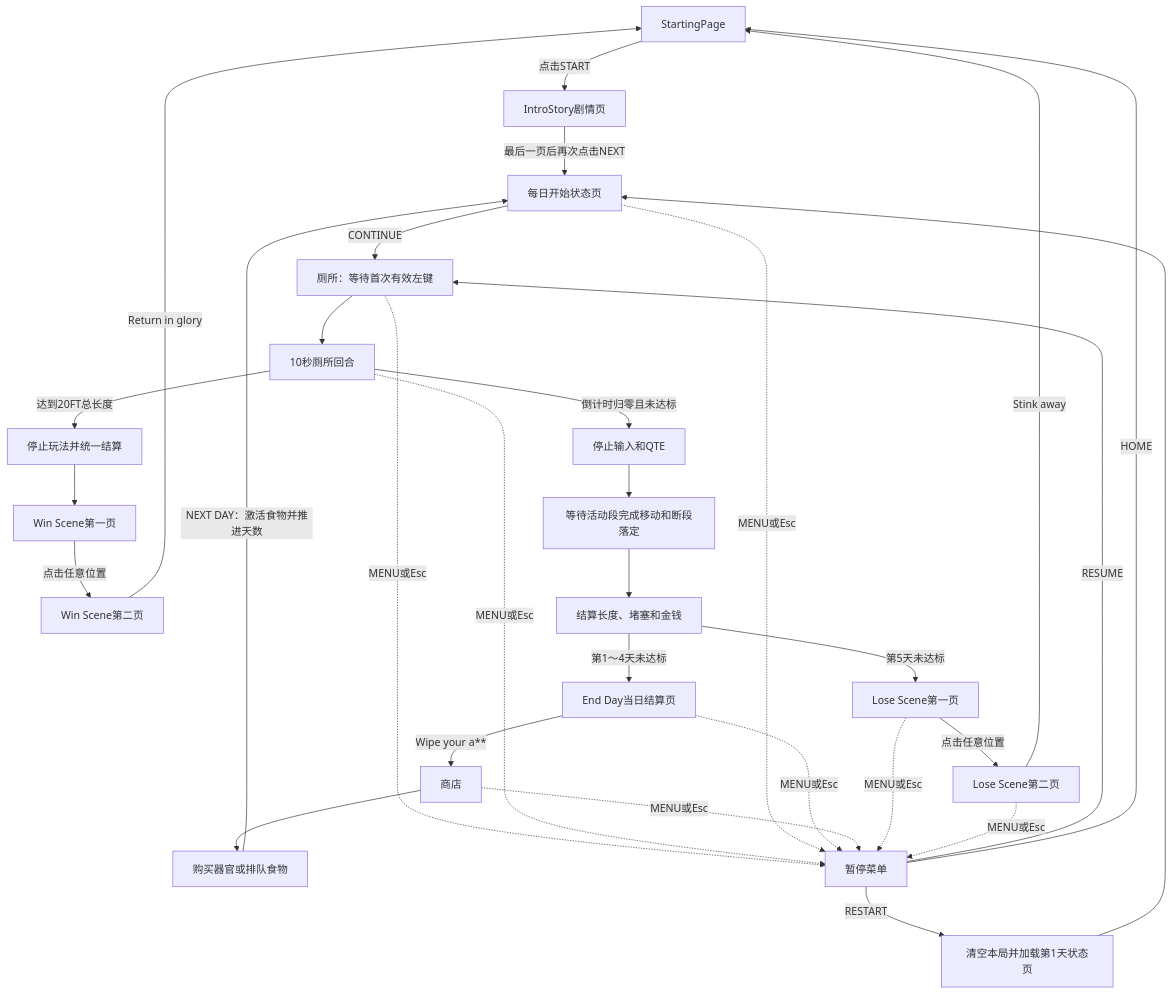
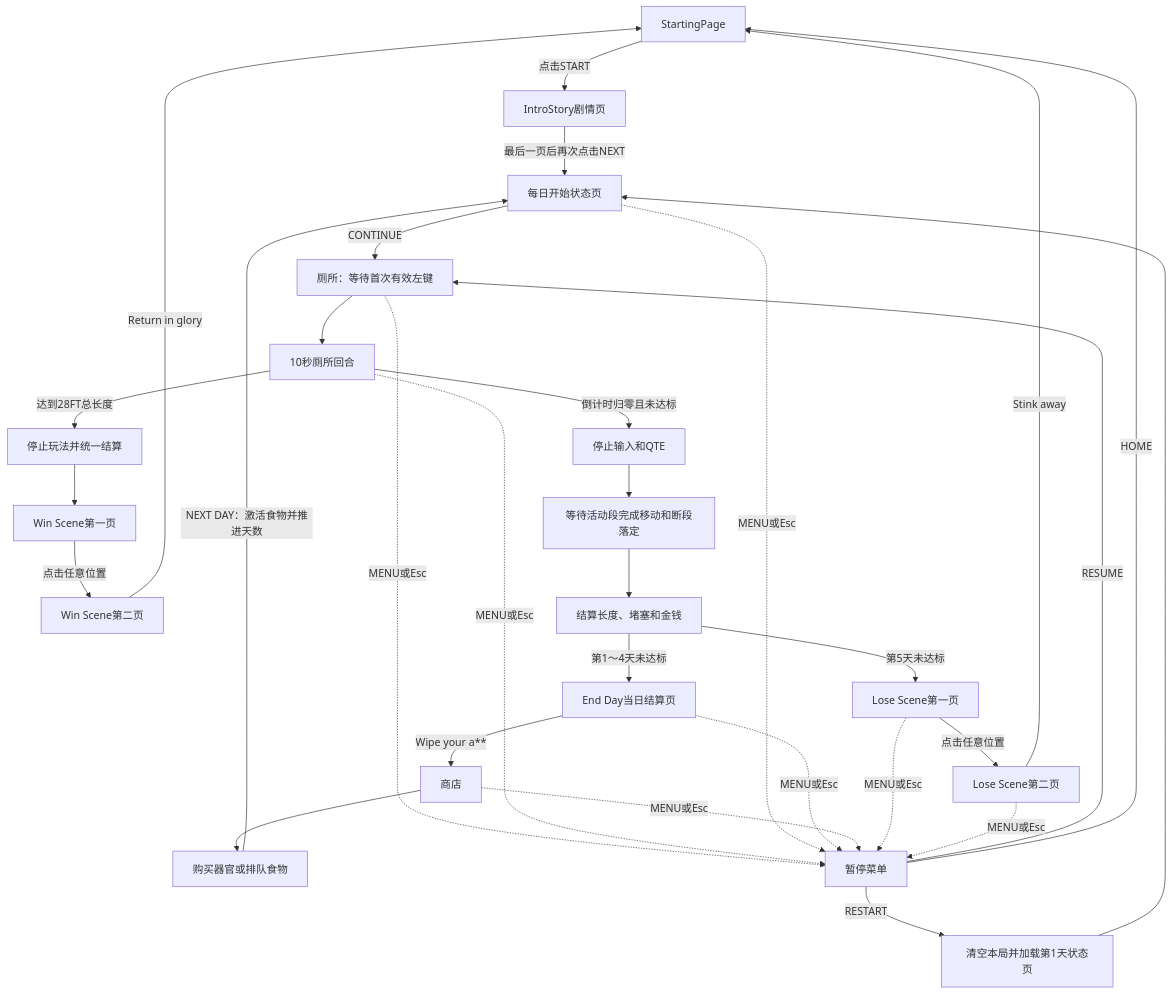
The diagram in 机制.md (SaltedFishyy/GMTK-game-jam), drawn with Mermaid before and after one commit. The commit also changed other lines of this file and 61 other files, not shown here.

````diff
--- a/机制.md
+++ b/机制.md
@@ -288,32 +287,32 @@
 ```mermaid
 flowchart TD
     S[StartingPage] -->|点击START| I[IntroStory剧情页]
     I -->|最后一页后再次点击NEXT| J[每日开始状态页]
     J -->|CONTINUE| A[厕所：等待首次有效左键]
     A --> B[10秒厕所回合]
-    B -->|达到20FT总长度| W[停止玩法并统一结算]
+    B -->|达到28FT总长度| W[停止玩法并统一结算]
     W --> V[Win Scene第一页]
     V -->|点击任意位置| V2[Win Scene第二页]
     V2 -->|Return in glory| S
     B -->|倒计时归零且未达标| C[停止输入和QTE]
     C --> D[等待活动段完成移动和断段落定]
     D --> E[结算长度、堵塞和金钱]
     E -->|第1～4天未达标| L[End Day当日结算页]
     L -->|Wipe your a**| F[商店]
     F --> H[购买器官或排队食物]
     H -->|NEXT DAY：激活食物并推进天数| J
     E -->|第5天未达标| K[Lose Scene第一页]
     K -->|点击任意位置| K2[Lose Scene第二页]
     K2 -->|Stink away| S
     A -. MENU或Esc .-> P[暂停菜单]
     B -. MENU或Esc .-> P
     J -. MENU或Esc .-> P
     L -. MENU或Esc .-> P
     F -. MENU或Esc .-> P
     K -. MENU或Esc .-> P
     K2 -. MENU或Esc .-> P
     P -->|RESUME| A
     P -->|RESTART| R[清空本局并加载第1天状态页]
     P -->|HOME| S
     R --> J
 ```
````
